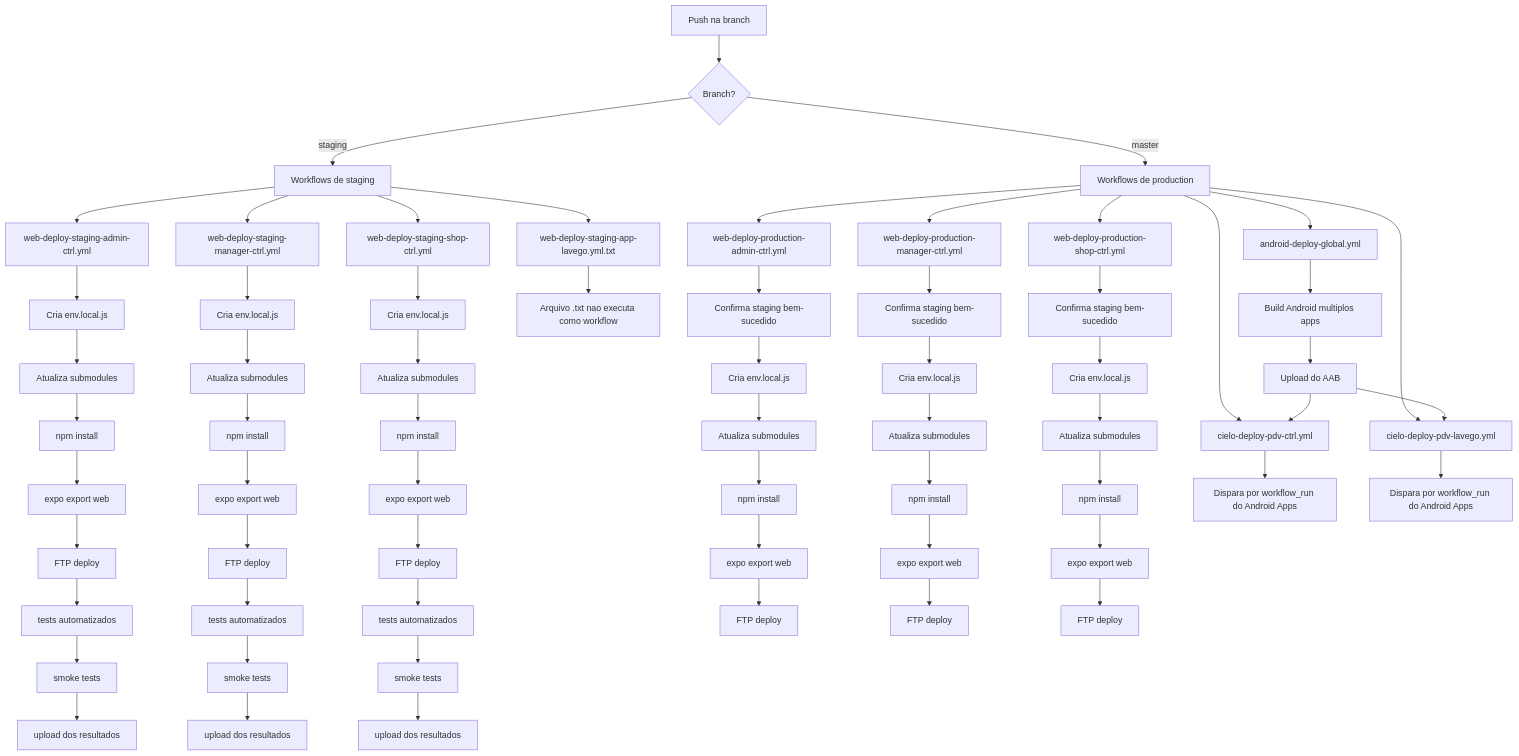
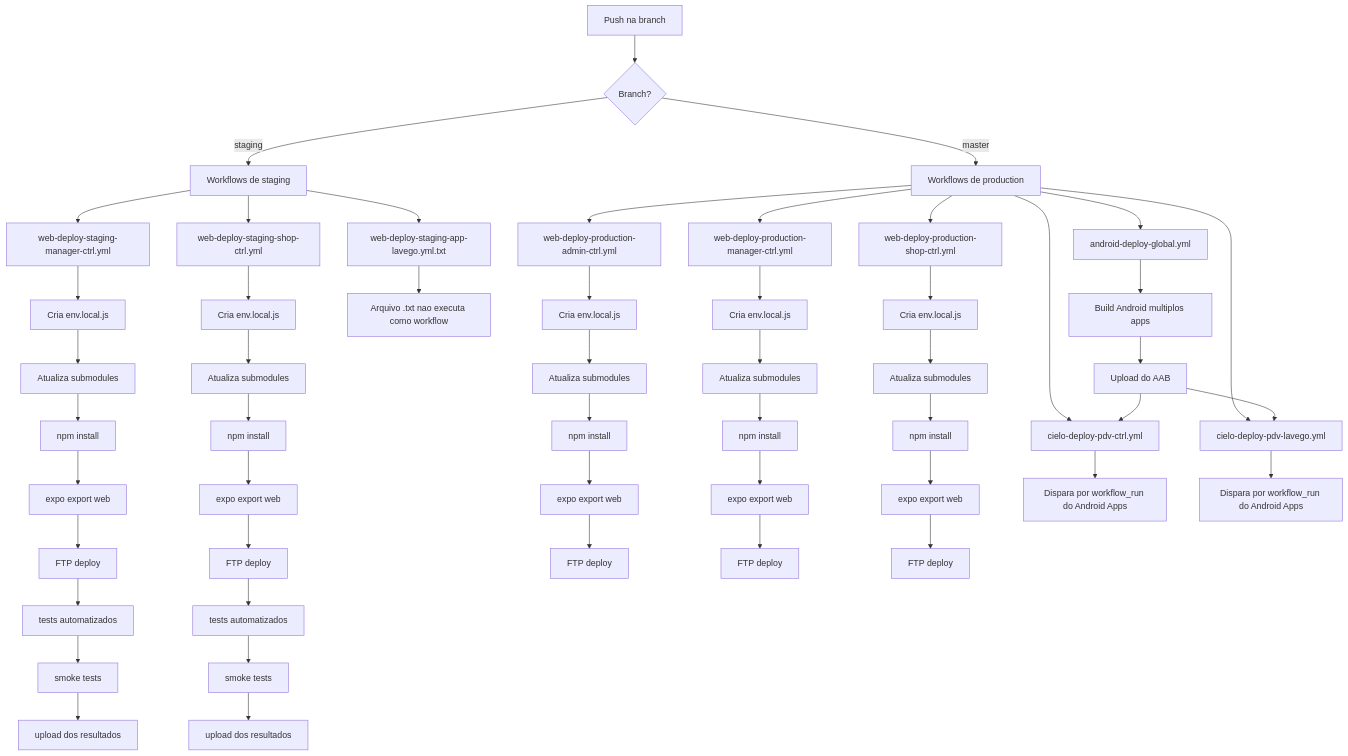
Before and after one commit to ControleOnline/app-community: the diagram in DOCS/PushTrigger.md, drawn with Mermaid. The commit also changed other lines of this file and 3 other files, not shown here.

Commit message:
refactor: reorganiza workflows de deploy e atualiza documentação

````diff
--- a/DOCS/PushTrigger.md
+++ b/DOCS/PushTrigger.md
@@ -5,79 +5,66 @@
 ```mermaid
 flowchart TD
   A[Push na branch] --> B{Branch?}
 
   B -->|staging| S[Workflows de staging]
   B -->|master| M[Workflows de production]
 
   %% STAGING
-  S --> S1[web-deploy-staging-admin-ctrl.yml]
   S --> S2[web-deploy-staging-manager-ctrl.yml]
   S --> S3[web-deploy-staging-shop-ctrl.yml]
   S --> S4[web-deploy-staging-app-lavego.yml.txt]
-
-  S1 --> S1a[Cria env.local.js]
-  S1a --> S1b[Atualiza submodules]
-  S1b --> S1c[npm install]
-  S1c --> S1d[expo export web]
-  S1d --> S1e[FTP deploy]
-  S1e --> S1f[tests automatizados]
-  S1f --> S1g[smoke tests]
-  S1g --> S1h[upload dos resultados]
 
   S2 --> S2a[Cria env.local.js]
   S2a --> S2b[Atualiza submodules]
   S2b --> S2c[npm install]
   S2c --> S2d[expo export web]
   S2d --> S2e[FTP deploy]
   S2e --> S2f[tests automatizados]
   S2f --> S2g[smoke tests]
   S2g --> S2h[upload dos resultados]
 
   S3 --> S3a[Cria env.local.js]
   S3a --> S3b[Atualiza submodules]
   S3b --> S3c[npm install]
   S3c --> S3d[expo export web]
   S3d --> S3e[FTP deploy]
   S3e --> S3f[tests automatizados]
   S3f --> S3g[smoke tests]
   S3g --> S3h[upload dos resultados]
 
   S4 --> S4a[Arquivo .txt nao executa como workflow]
 
   %% MASTER
   M --> M1[web-deploy-production-admin-ctrl.yml]
   M --> M2[web-deploy-production-manager-ctrl.yml]
   M --> M3[web-deploy-production-shop-ctrl.yml]
   M --> M4[android-deploy-global.yml]
   M --> M5[cielo-deploy-pdv-ctrl.yml]
   M --> M6[cielo-deploy-pdv-lavego.yml]
 
-  M1 --> M1a[Confirma staging bem-sucedido]
-  M1a --> M1b[Cria env.local.js]
-  M1b --> M1c[Atualiza submodules]
-  M1c --> M1d[npm install]
-  M1d --> M1e[expo export web]
-  M1e --> M1f[FTP deploy]
+  M1 --> M1a[Cria env.local.js]
+  M1a --> M1b[Atualiza submodules]
+  M1b --> M1c[npm install]
+  M1c --> M1d[expo export web]
+  M1d --> M1e[FTP deploy]
 
-  M2 --> M2a[Confirma staging bem-sucedido]
-  M2a --> M2b[Cria env.local.js]
-  M2b --> M2c[Atualiza submodules]
-  M2c --> M2d[npm install]
-  M2d --> M2e[expo export web]
-  M2e --> M2f[FTP deploy]
+  M2 --> M2a[Cria env.local.js]
+  M2a --> M2b[Atualiza submodules]
+  M2b --> M2c[npm install]
+  M2c --> M2d[expo export web]
+  M2d --> M2e[FTP deploy]
 
-  M3 --> M3a[Confirma staging bem-sucedido]
-  M3a --> M3b[Cria env.local.js]
-  M3b --> M3c[Atualiza submodules]
-  M3c --> M3d[npm install]
-  M3d --> M3e[expo export web]
-  M3e --> M3f[FTP deploy]
+  M3 --> M3a[Cria env.local.js]
+  M3a --> M3b[Atualiza submodules]
+  M3b --> M3c[npm install]
+  M3c --> M3d[expo export web]
+  M3d --> M3e[FTP deploy]
 
   M4 --> M4a[Build Android multiplos apps]
   M4a --> M4b[Upload do AAB]
   M4b --> M5
   M4b --> M6
 
   M5 --> M5a[Dispara por workflow_run do Android Apps]
   M6 --> M6a[Dispara por workflow_run do Android Apps]
 ```
````
